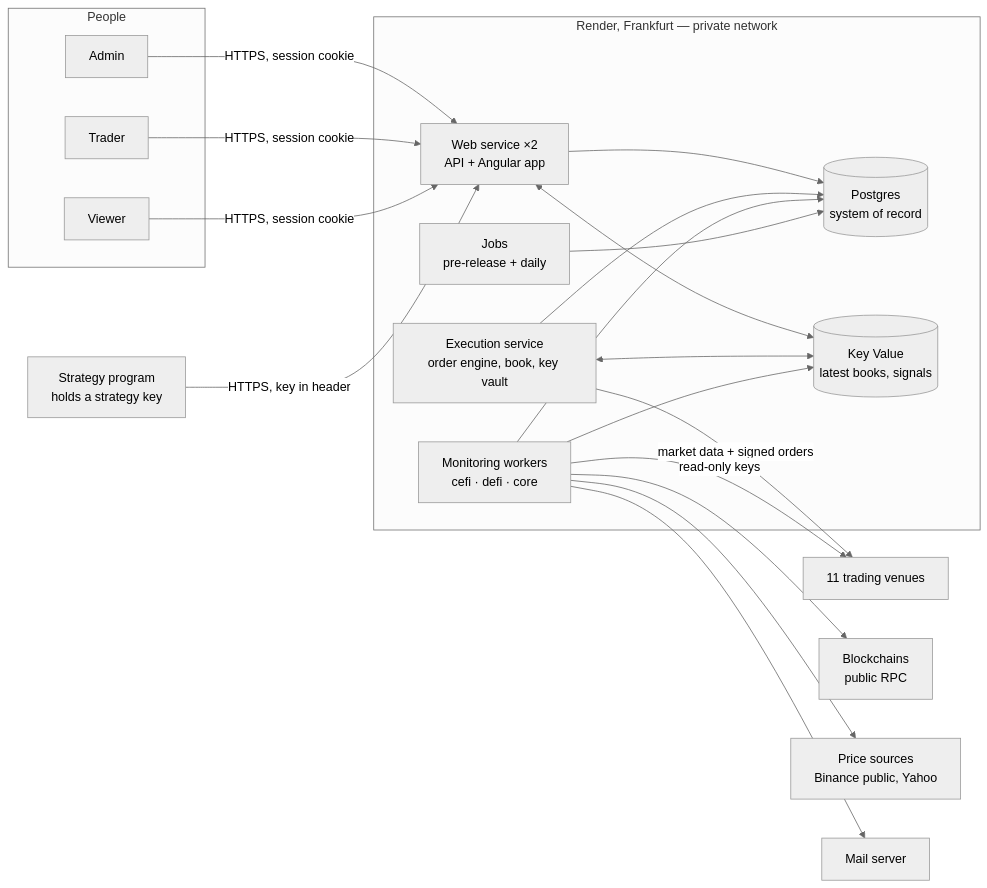
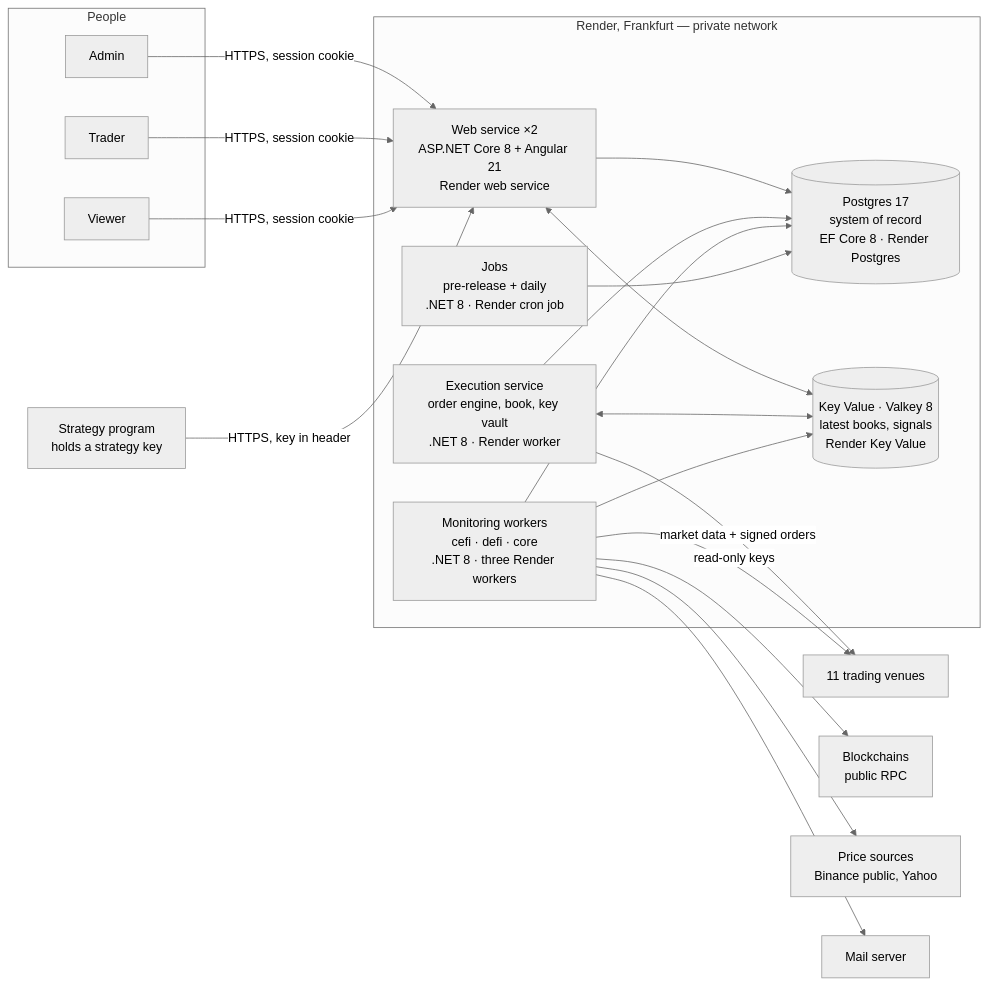
One commit to ofeknoam83/KatalepsisFT changed the fourth of 7 diagrams in docs/system-architecture.md. Above: the diagram before and after it, drawn with Mermaid (neutral theme). The commit also changed other lines of this file and 1 other file, not shown here.

````diff
--- a/docs/system-architecture.md
+++ b/docs/system-architecture.md
@@ -177,38 +217,38 @@
 ```mermaid
 flowchart LR
     subgraph People
         A[Admin]
         T[Trader]
         V[Viewer]
     end
     S[Strategy program<br/>holds a strategy key]
 
     subgraph Render["Render, Frankfurt — private network"]
-        W[Web service ×2<br/>API + Angular app]
-        X[Execution service<br/>order engine, book, key vault]
-        M[Monitoring workers<br/>cefi · defi · core]
-        J[Jobs<br/>pre-release + daily]
-        DB[(Postgres<br/>system of record)]
-        KV[(Key Value<br/>latest books, signals)]
+        W[Web service ×2<br/>ASP.NET Core 8 + Angular 21<br/>Render web service]
+        X[Execution service<br/>order engine, book, key vault<br/>.NET 8 · Render worker]
+        M[Monitoring workers<br/>cefi · defi · core<br/>.NET 8 · three Render workers]
+        J[Jobs<br/>pre-release + daily<br/>.NET 8 · Render cron job]
+        DB[(Postgres 17<br/>system of record<br/>EF Core 8 · Render Postgres)]
+        KV[(Key Value · Valkey 8<br/>latest books, signals<br/>Render Key Value)]
     end
 
     VEN[11 trading venues]
     CH[Blockchains<br/>public RPC]
     PX[Price sources<br/>Binance public, Yahoo]
     SMTP[Mail server]
 
     A & T & V -->|HTTPS, session cookie| W
     S -->|HTTPS, key in header| W
     W --> DB
     W <--> KV
     X --> DB
     X <--> KV
     M --> DB
     M --> KV
     J --> DB
     X -->|market data + signed orders| VEN
     M -->|read-only keys| VEN
     M --> CH
     M --> PX
     M --> SMTP
 ```
````
